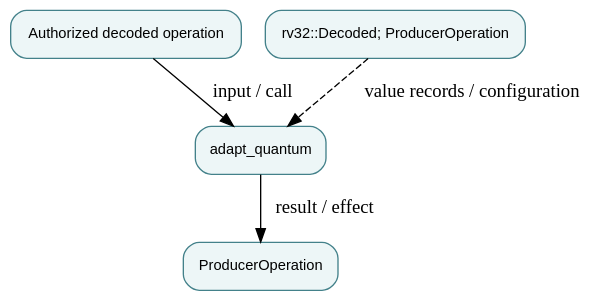
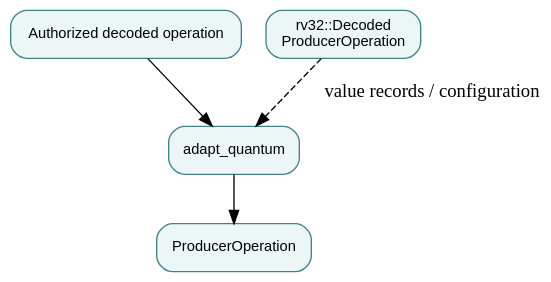
Before and after one commit to qsbit-org/qsbit-sim: the diagram in docs/modules/quantum-instruction-adapter.md, drawn with Graphviz. The commit also changed other lines of this file and 41 other files, not shown here.

````diff
--- a/docs/modules/quantum-instruction-adapter.md
+++ b/docs/modules/quantum-instruction-adapter.md
@@ -17,11 +14,11 @@
 ```{graphviz}
 digraph module {
   rankdir=TB; bgcolor="transparent";
   node [shape=box, style="rounded,filled", fillcolor="#edf6f7", color="#43818a", fontname="sans-serif", fontsize=11];
   input [label="Authorized decoded operation"];
   owner [label="adapt_quantum"];
-  state [label="rv32::Decoded; ProducerOperation"];
+  state [label="rv32::Decoded\nProducerOperation"];
   output [label="ProducerOperation"];
-  input -> owner [label="input / call"]; owner -> output [label="result / effect"]; state -> owner [style=dashed, label="value records / configuration"];
+  input -> owner; owner -> output; state -> owner [style=dashed, label="value records / configuration"];
 }
 ```
````
